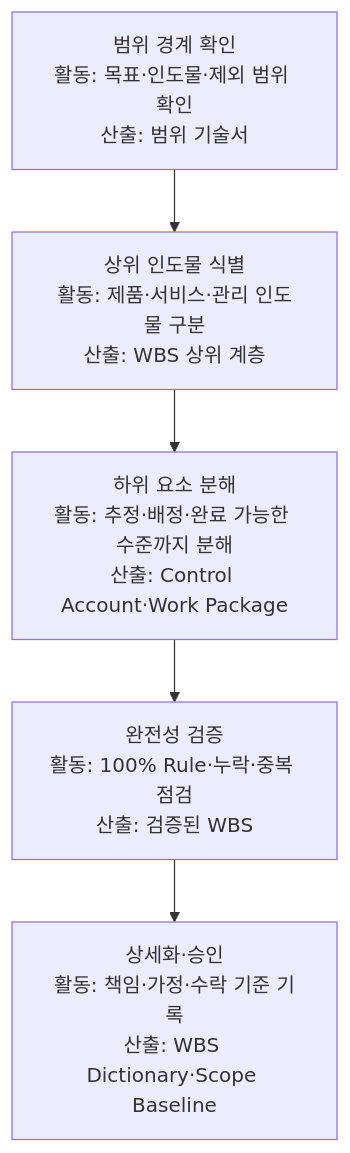
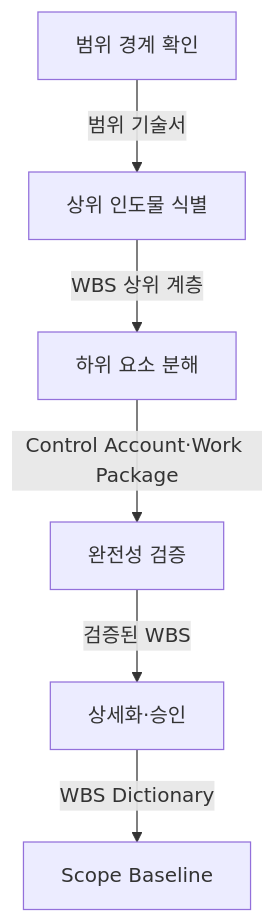
One commit to agnusdei1207/study changed the first of 5 diagrams in src/content/docs/notes/itpe/01-it-strategy/007_wbs.md. Above: the diagram before and after it, drawn with Mermaid. The commit also changed other lines of this file and 19 other files, not shown here.

````diff
--- a/src/content/docs/notes/itpe/01-it-strategy/007_wbs.md
+++ b/src/content/docs/notes/itpe/01-it-strategy/007_wbs.md
@@ -55,7 +53,8 @@
 ```mermaid
 flowchart TD
-    A["범위 경계 확인<br/>활동: 목표·인도물·제외 범위 확인<br/>산출: 범위 기술서"] --> B["상위 인도물 식별<br/>활동: 제품·서비스·관리 인도물 구분<br/>산출: WBS 상위 계층"]
-    B --> C["하위 요소 분해<br/>활동: 추정·배정·완료 가능한 수준까지 분해<br/>산출: Control Account·Work Package"]
-    C --> D["완전성 검증<br/>활동: 100% Rule·누락·중복 점검<br/>산출: 검증된 WBS"]
-    D --> E["상세화·승인<br/>활동: 책임·가정·수락 기준 기록<br/>산출: WBS Dictionary·Scope Baseline"]
+    A["범위 경계 확인"] -->|"범위 기술서"| B["상위 인도물 식별"]
+    B -->|"WBS 상위 계층"| C["하위 요소 분해"]
+    C -->|"Control Account·Work Package"| D["완전성 검증"]
+    D -->|"검증된 WBS"| E["상세화·승인"]
+    E -->|"WBS Dictionary"| SB["Scope Baseline"]
 ```
````
